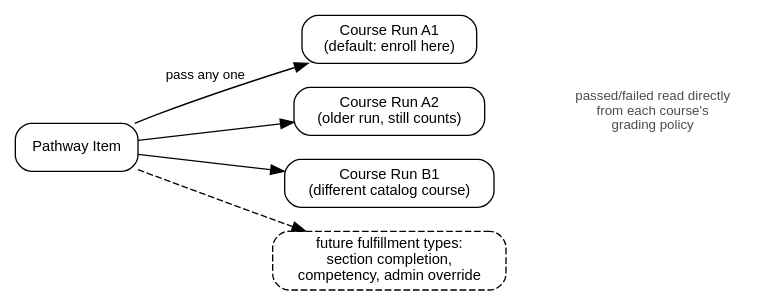
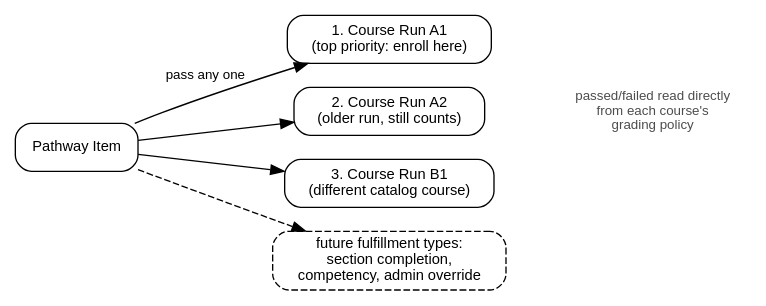
The diagram in docs/openedx_learning/decisions/images/pathway-item-fulfillment.dot (openedx/openedx-learning), drawn with Graphviz before and after one commit. The commit also changed 22 other files, not shown here.

```diff
--- a/docs/openedx_learning/decisions/images/pathway-item-fulfillment.dot
+++ b/docs/openedx_learning/decisions/images/pathway-item-fulfillment.dot
@@ -1,20 +1,20 @@
 digraph pathway_item_fulfillment {
     rankdir=LR;
     fontname="Helvetica";
     node [shape=box, style=rounded, fontname="Helvetica", fontsize=11];
     edge [fontname="Helvetica", fontsize=10];
 
     item [label="Pathway Item"];
-    runA [label="Course Run A1\n(default: enroll here)"];
-    runB [label="Course Run A2\n(older run, still counts)"];
-    runC [label="Course Run B1\n(different catalog course)"];
+    runA [label="1. Course Run A1\n(top priority: enroll here)"];
+    runB [label="2. Course Run A2\n(older run, still counts)"];
+    runC [label="3. Course Run B1\n(different catalog course)"];
     future [label="future fulfillment types:\nsection completion,\ncompetency, admin override", style="rounded,dashed"];
 
     item -> runA [label="pass any one"];
     item -> runB;
     item -> runC;
     item -> future [style=dashed];
 
     grading [label="passed/failed read directly\nfrom each course's\ngrading policy", shape=plaintext, fontsize=10, fontcolor=gray30];
     runB -> grading [style=invis];
 }
```
